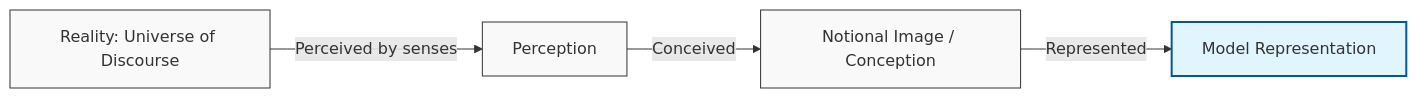
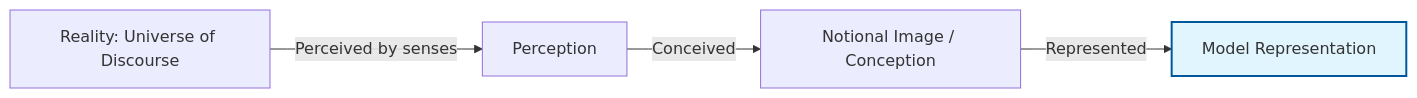
One commit to Fake1Doge/Obsidian-notes changed diagram 23 of 42 in Y1S2/CKS121 Software Requirements.md. Above: the diagram before and after it, drawn with Mermaid. The commit also changed other lines of this file and 1 other file, not shown here.

````diff
--- a/Y1S2/CKS121 Software Requirements.md
+++ b/Y1S2/CKS121 Software Requirements.md
@@ -1619,9 +1619,8 @@
 ```mermaid
 graph LR
-    classDef default fill:#f9f9f9,stroke:#333,stroke-width:1px;
-    R[Reality: Universe of Discourse] -->|Perceived by senses| P[Perception]
-    P -->|Conceived| C[Notional Image / Conception]
-    C -->|Represented| Model[Model Representation]
+    R["Reality: Universe of Discourse"] -->|Perceived by senses| P["Perception"]
+    P -->|Conceived| C["Notional Image / Conception"]
+    C -->|Represented| Model["Model Representation"]
     
     style Model fill:#e1f5fe,stroke:#01579b,stroke-width:2px;
 ```
````
